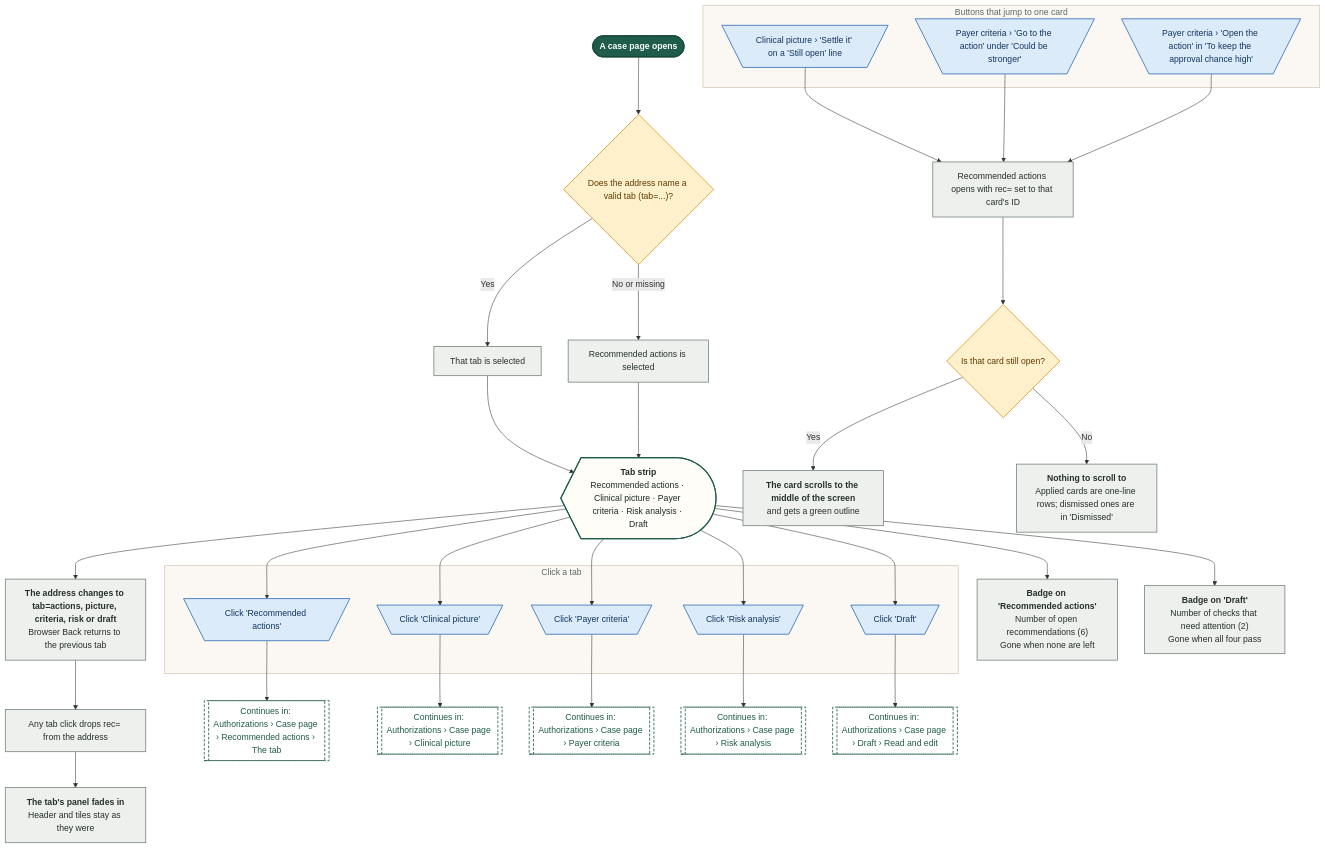
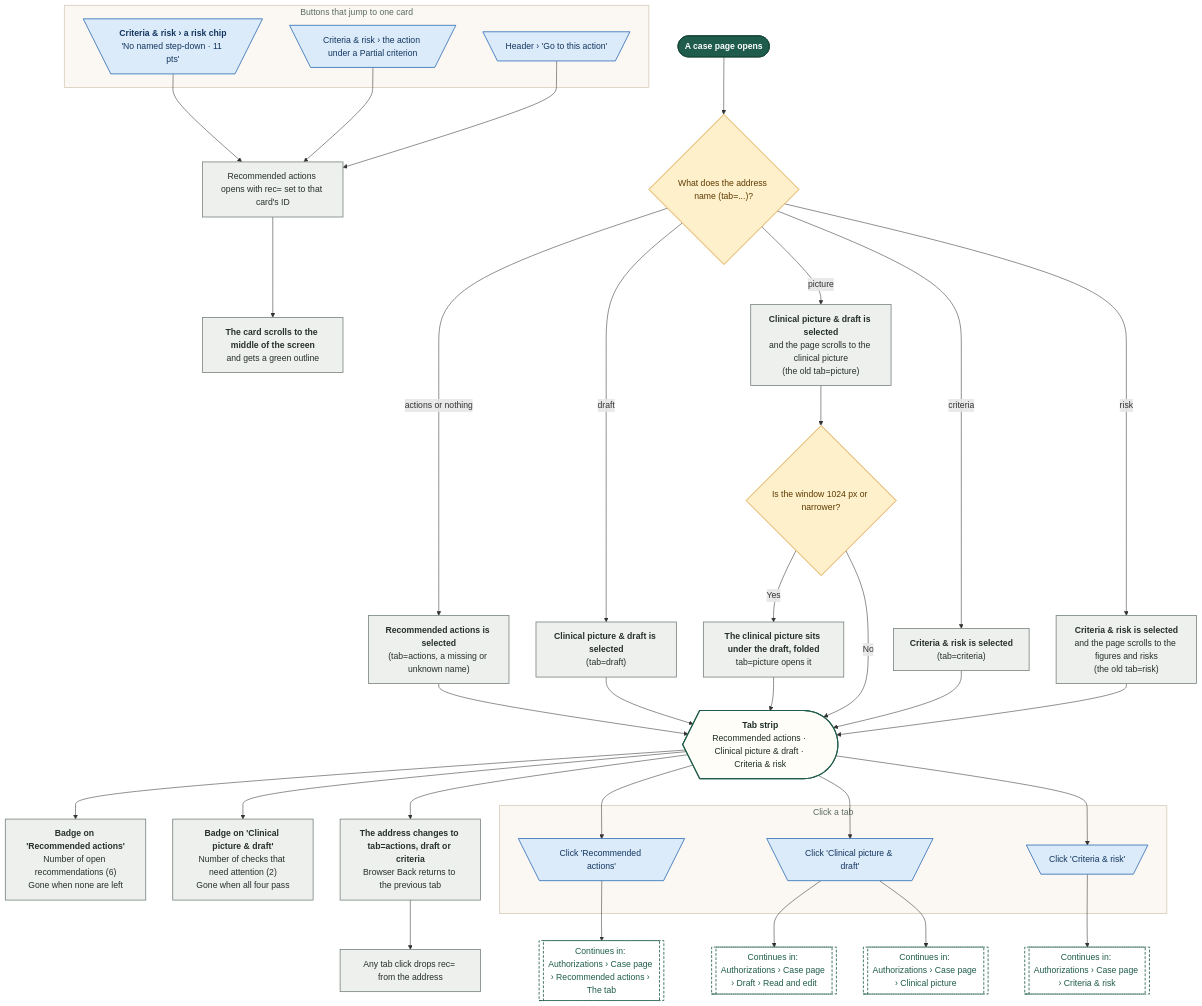
Diagram 13 of 34 in demos/prior-auth-demo/workflows/out/md/03-authorizations.md (Shrav143/psyfloapp), drawn with Mermaid before and after one commit. The commit also changed other lines of this file and 202 other files, not shown here.

First line of the commit message:
docs: round 6 README, CONVENTIONS, spec section 17, diagram module blurbs and 336 rebuilt diagrams

````diff
--- a/demos/prior-auth-demo/workflows/out/md/03-authorizations.md
+++ b/demos/prior-auth-demo/workflows/out/md/03-authorizations.md
@@ -1069,76 +1052,77 @@
 ```mermaid
 %%{init: {"theme":"base","themeVariables":{"fontFamily":"'DM Sans', 'Segoe UI', system-ui, sans-serif","fontSize":"15px","lineColor":"#5B6B63","primaryTextColor":"#1C2B25","clusterBkg":"#FBF8F3","clusterBorder":"#D9CDBB","edgeLabelBackground":"#FFFFFF"},"flowchart":{"curve":"basis","nodeSpacing":36,"rankSpacing":48,"padding":12,"htmlLabels":true,"useMaxWidth":false,"wrappingWidth":230}} }%%
 flowchart TD
   classDef k_start fill:#1F5C4B,stroke:#174638,color:#FFFFFF,stroke-width:1.5px,font-weight:600
   classDef k_end fill:#DDEFE3,stroke:#2E7D4F,color:#14502F,stroke-width:1.5px,font-weight:600
   classDef k_endx fill:#FBE3E0,stroke:#C0392B,color:#7A1F16,stroke-width:1.5px,font-weight:600
   classDef k_screen fill:#FFFDF8,stroke:#1F5C4B,color:#1C2B25,stroke-width:2px
   classDef k_overlay fill:#F1F7F3,stroke:#1F5C4B,color:#1C2B25,stroke-width:2px,stroke-dasharray:5 3
   classDef k_click fill:#DCEBFA,stroke:#2F6DB5,color:#12365F,stroke-width:1.5px
   classDef k_input fill:#E4E7FF,stroke:#4C5FD5,color:#1D2670,stroke-width:1.5px
   classDef k_process fill:#EEF0EE,stroke:#7A857F,color:#26302B,stroke-width:1.5px
   classDef k_agent fill:#EEE5FA,stroke:#7A4FC2,color:#341A63,stroke-width:1.5px
   classDef k_decision fill:#FFF0CC,stroke:#D9962B,color:#5C3B00,stroke-width:1.5px
   classDef k_store fill:#D5F0EA,stroke:#1C8E7B,color:#0B4A3F,stroke-width:1.5px
   classDef k_doc fill:#F6E9DC,stroke:#B07A4C,color:#4A2E14,stroke-width:1.5px
   classDef k_ext fill:#FFE6D2,stroke:#E07B39,color:#6B2F06,stroke-width:1.5px
   classDef k_wait fill:#E4E8EE,stroke:#6B7C93,color:#26303D,stroke-width:1.5px
   classDef k_toast fill:#FFF9DB,stroke:#C9A400,color:#5A4A00,stroke-width:1.5px
   classDef k_goto fill:#FFFFFF,stroke:#1F5C4B,color:#1F5C4B,stroke-width:1.5px,stroke-dasharray:5 3
   s1@{ shape: stadium, label: "A case page opens" }
-  d1@{ shape: diam, label: "Does the address name a valid tab (tab=...)?" }
-  ts@{ shape: rect, label: "That tab is selected" }
-  ta@{ shape: rect, label: "Recommended actions is selected" }
-  tabs@{ shape: curv-trap, label: "<b>Tab strip</b><br/>Recommended actions · Clinical picture · Payer criteria · Risk analysis · Draft" }
+  d1@{ shape: diam, label: "What does the address name (tab=...)?" }
+  ta@{ shape: rect, label: "<b>Recommended actions is selected</b><br/>(tab=actions, a missing or unknown name)" }
+  tdr@{ shape: rect, label: "<b>Clinical picture & draft is selected</b><br/>(tab=draft)" }
+  tpi@{ shape: rect, label: "<b>Clinical picture & draft is selected</b><br/>and the page scrolls to the clinical picture<br/>(the old tab=picture)" }
+  tcr@{ shape: rect, label: "<b>Criteria & risk is selected</b><br/>(tab=criteria)" }
+  tri@{ shape: rect, label: "<b>Criteria & risk is selected</b><br/>and the page scrolls to the figures and risks<br/>(the old tab=risk)" }
+  dW@{ shape: diam, label: "Is the window 1024 px or narrower?" }
+  fo@{ shape: rect, label: "<b>The clinical picture sits under the draft, folded</b><br/>tab=picture opens it" }
+  tabs@{ shape: curv-trap, label: "<b>Tab strip</b><br/>Recommended actions · Clinical picture & draft · Criteria & risk" }
   subgraph gC ["Click a tab"]
   c1@{ shape: trap-t, label: "Click 'Recommended actions'" }
-  c2@{ shape: trap-t, label: "Click 'Clinical picture'" }
-  c3@{ shape: trap-t, label: "Click 'Payer criteria'" }
-  c4@{ shape: trap-t, label: "Click 'Risk analysis'" }
-  c5@{ shape: trap-t, label: "Click 'Draft'" }
+  c2@{ shape: trap-t, label: "Click 'Clinical picture & draft'" }
+  c3@{ shape: trap-t, label: "Click 'Criteria & risk'" }
   end
-  url@{ shape: rect, label: "<b>The address changes to tab=actions, picture, criteria, risk or draft</b><br/>Browser Back returns to the previous tab" }
-  fd@{ shape: rect, label: "<b>The tab's panel fades in</b><br/>Header and tiles stay as they were" }
+  url@{ shape: rect, label: "<b>The address changes to tab=actions, draft or criteria</b><br/>Browser Back returns to the previous tab" }
   rec@{ shape: rect, label: "Any tab click drops rec= from the address" }
   b1@{ shape: rect, label: "<b>Badge on 'Recommended actions'</b><br/>Number of open recommendations (6)<br/>Gone when none are left" }
-  b2@{ shape: rect, label: "<b>Badge on 'Draft'</b><br/>Number of checks that need attention (2)<br/>Gone when all four pass" }
+  b2@{ shape: rect, label: "<b>Badge on 'Clinical picture & draft'</b><br/>Number of checks that need attention (2)<br/>Gone when all four pass" }
   subgraph gD ["Buttons that jump to one card"]
-  l1@{ shape: trap-t, label: "Clinical picture › 'Settle it' on a 'Still open' line" }
-  l2@{ shape: trap-t, label: "Payer criteria › 'Go to the action' under 'Could be stronger'" }
-  l3@{ shape: trap-t, label: "Payer criteria › 'Open the action' in 'To keep the approval chance high'" }
+  l1@{ shape: trap-t, label: "<b>Criteria & risk › a risk chip</b><br/>'No named step-down · 11 pts'" }
+  l2@{ shape: trap-t, label: "Criteria & risk › the action under a Partial criterion" }
+  l3@{ shape: trap-t, label: "Header › 'Go to this action'" }
   end
   dl@{ shape: rect, label: "Recommended actions opens with rec= set to that card's ID" }
   fc@{ shape: rect, label: "<b>The card scrolls to the middle of the screen</b><br/>and gets a green outline" }
-  dEx@{ shape: diam, label: "Is that card still open?" }
-  nofc@{ shape: rect, label: "<b>Nothing to scroll to</b><br/>Applied cards are one-line rows; dismissed ones are in 'Dismissed'" }
   g1@{ shape: subproc, label: "Continues in: Authorizations › Case page › Recommended actions › The tab" }
   g2@{ shape: subproc, label: "Continues in: Authorizations › Case page › Clinical picture" }
-  g3@{ shape: subproc, label: "Continues in: Authorizations › Case page › Payer criteria" }
-  g4@{ shape: subproc, label: "Continues in: Authorizations › Case page › Risk analysis" }
+  g3@{ shape: subproc, label: "Continues in: Authorizations › Case page › Criteria & risk" }
   g5@{ shape: subproc, label: "Continues in: Authorizations › Case page › Draft › Read and edit" }
   s1 --> d1
-  d1 -->|"Yes"| ts --> tabs
-  d1 -->|"No or missing"| ta --> tabs
+  d1 -->|"actions or nothing"| ta --> tabs
+  d1 -->|"draft"| tdr --> tabs
+  d1 -->|"picture"| tpi --> dW
+  dW -->|"Yes"| fo --> tabs
+  dW -->|"No"| tabs
+  d1 -->|"criteria"| tcr --> tabs
+  d1 -->|"risk"| tri --> tabs
   tabs --> b1 & b2
-  tabs --> url --> rec --> fd
-  tabs --> c1 & c2 & c3 & c4 & c5
+  tabs --> url --> rec
+  tabs --> c1 & c2 & c3
   c1 --> g1
+  c2 --> g5
   c2 --> g2
   c3 --> g3
-  c4 --> g4
-  c5 --> g5
   l1 --> dl
   l2 --> dl
   l3 --> dl
-  dl --> dEx
-  dEx -->|"Yes"| fc
-  dEx -->|"No"| nofc
+  dl --> fc
   class s1 k_start
-  class d1,dEx k_decision
-  class ts,ta,url,fd,rec,b1,b2,dl,fc,nofc k_process
+  class d1,dW k_decision
+  class ta,tdr,tpi,tcr,tri,fo,url,rec,b1,b2,dl,fc k_process
   class tabs k_screen
-  class c1,c2,c3,c4,c5,l1,l2,l3 k_click
-  class g1,g2,g3,g4,g5 k_goto
+  class c1,c2,c3,l1,l2,l3 k_click
+  class g1,g2,g3,g5 k_goto
   style gC fill:#FBF8F3,stroke:#D9CDBB,stroke-width:1.5px,color:#5B6B63
   style gD fill:#FBF8F3,stroke:#D9CDBB,stroke-width:1.5px,color:#5B6B63
 ```
````
